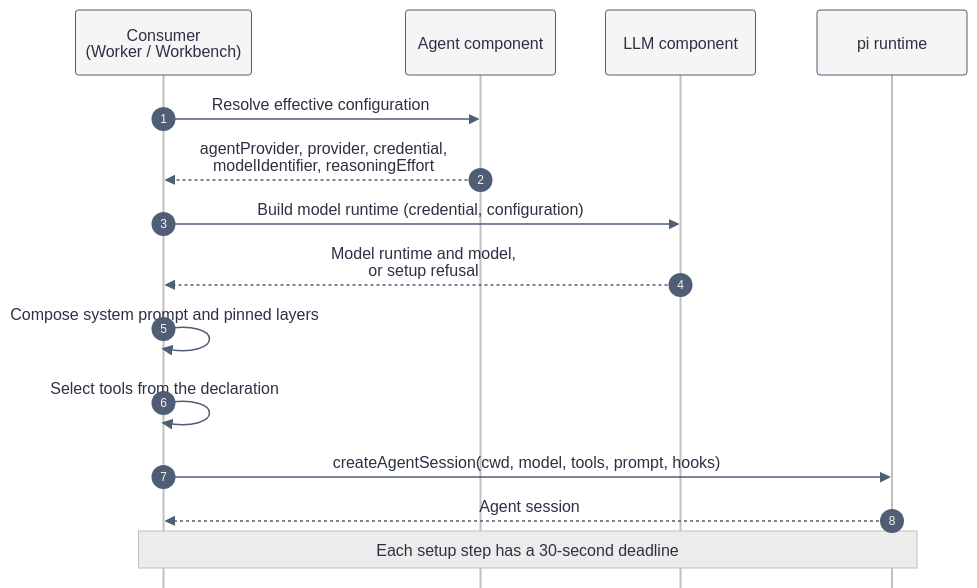
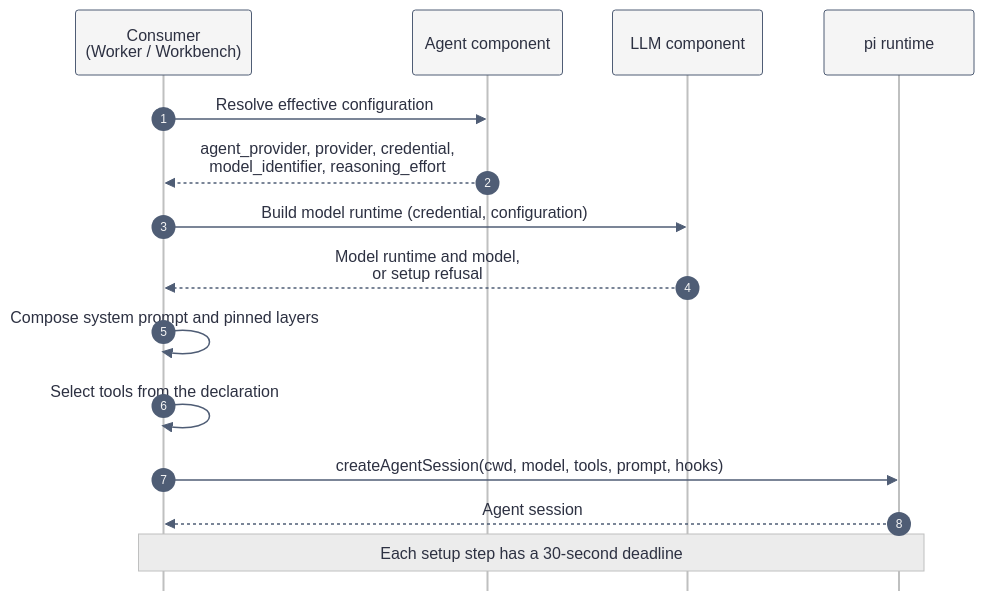
The first of 2 diagrams in docs/explanation/native-agent.md (kanthorlabs/kanthord), drawn with Mermaid before and after one commit. The commit also changed other lines of this file and 29 other files, not shown here.

````diff
--- a/docs/explanation/native-agent.md
+++ b/docs/explanation/native-agent.md
@@ -31,21 +31,21 @@
 ```mermaid
 %%{init: {"theme": "base", "themeVariables": {"background": "#f5f5f5", "primaryColor": "#f5f5f5", "primaryTextColor": "#2d3142", "actorBkg": "#f5f5f5", "actorBorder": "#4f5d75", "actorTextColor": "#2d3142", "actorLineColor": "#bfc0c0", "signalColor": "#4f5d75", "signalTextColor": "#2d3142", "noteBkgColor": "#ececec", "noteBorderColor": "#bfc0c0", "noteTextColor": "#2d3142", "activationBkgColor": "#fbeae1", "activationBorderColor": "#eb6c36"}, "themeCSS": "& { background-color: #f5f5f5; }", "sequence": {"mirrorActors": false, "useMaxWidth": false}}}%%
 sequenceDiagram
     accTitle: Opening a native agent session
     accDescr: A consumer resolves the effective configuration, builds a model runtime from a credential, composes the prompt, selects the tools and opens a pi agent session.
     autonumber
     participant C as Consumer<br/>(Worker / Workbench)
     participant A as Agent component
     participant L as LLM component
     participant P as pi runtime
 
     C->>A: Resolve effective configuration
-    A-->>C: agentProvider, provider, credential,<br/>modelIdentifier, reasoningEffort
+    A-->>C: agent_provider, provider, credential,<br/>model_identifier, reasoning_effort
     C->>L: Build model runtime (credential, configuration)
     L-->>C: Model runtime and model,<br/>or setup refusal
     C->>C: Compose system prompt and pinned layers
     C->>C: Select tools from the declaration
     C->>P: createAgentSession(cwd, model, tools, prompt, hooks)
     P-->>C: Agent session
     Note over C,P: Each setup step has a 30-second deadline
 ```
````
